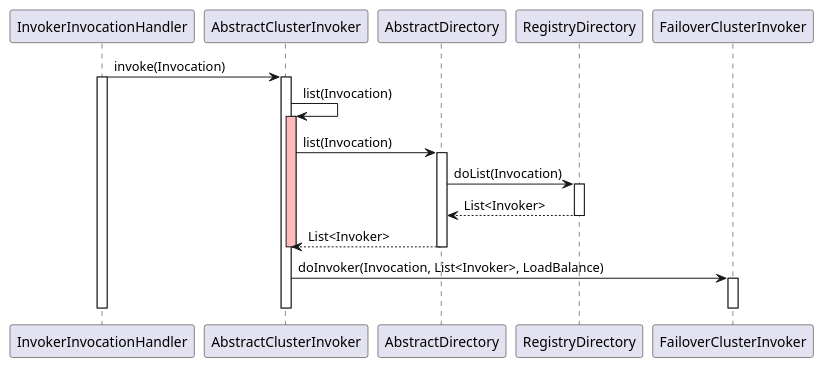
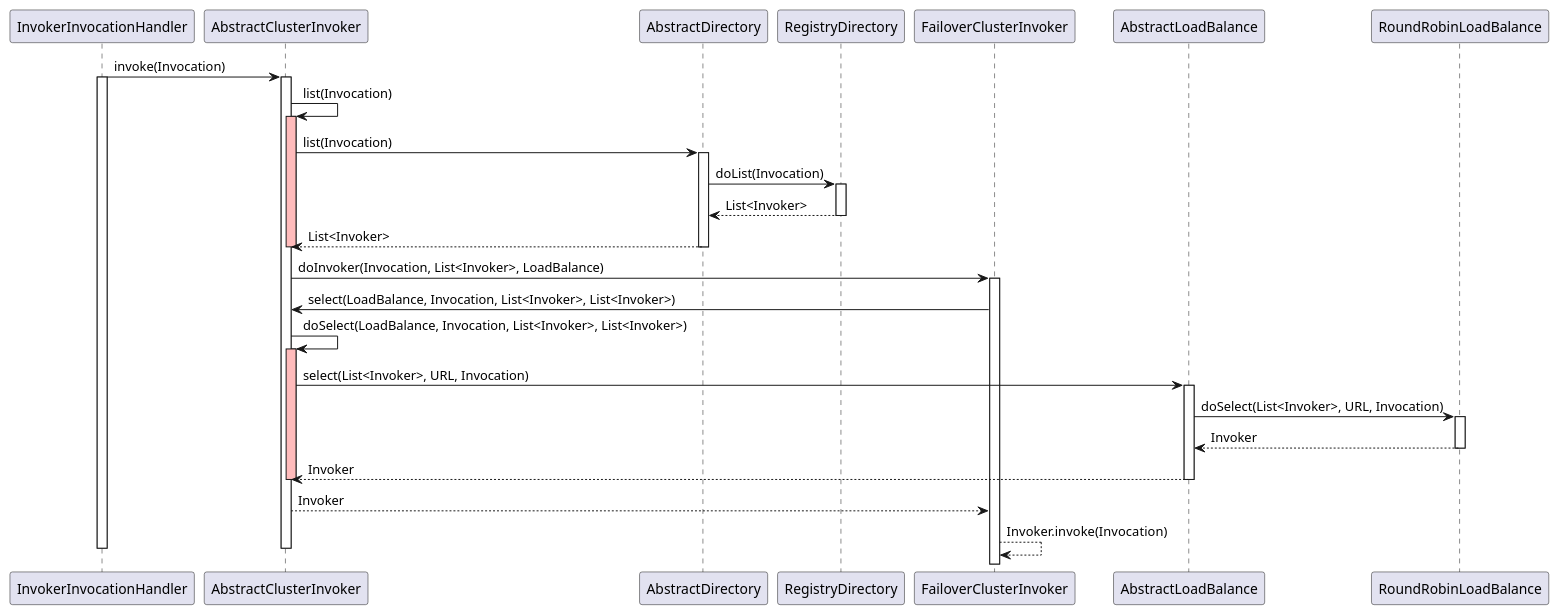
The diagram in 总结/负载均衡/时序图.puml (qq511340079/dubbo2.6x), drawn with PlantUML before and after one commit.

Commit message:
负载均衡时序图

```diff
--- a/总结/负载均衡/时序图.puml
+++ b/总结/负载均衡/时序图.puml
@@ -1,21 +1,35 @@
 @startuml
 InvokerInvocationHandler -> AbstractClusterInvoker: invoke(Invocation)
 activate InvokerInvocationHandler
 activate AbstractClusterInvoker
 AbstractClusterInvoker -> AbstractClusterInvoker: list(Invocation)
 activate AbstractClusterInvoker #FFBBBB
 AbstractClusterInvoker -> AbstractDirectory: list(Invocation)
 activate AbstractDirectory
 AbstractDirectory -> RegistryDirectory: doList(Invocation)
 activate RegistryDirectory
 RegistryDirectory --> AbstractDirectory: List<Invoker>
 deactivate RegistryDirectory
 AbstractDirectory --> AbstractClusterInvoker: List<Invoker>
 deactivate AbstractClusterInvoker #FFBBBB
 deactivate AbstractDirectory
 AbstractClusterInvoker -> FailoverClusterInvoker: doInvoker(Invocation, List<Invoker>, LoadBalance)
 activate FailoverClusterInvoker
-deactivate FailoverClusterInvoker
+FailoverClusterInvoker -> AbstractClusterInvoker: select(LoadBalance, Invocation, List<Invoker>, List<Invoker>)
+AbstractClusterInvoker -> AbstractClusterInvoker: doSelect(LoadBalance, Invocation, List<Invoker>, List<Invoker>)
+activate AbstractClusterInvoker #FFBBBB
+AbstractClusterInvoker -> AbstractLoadBalance: select(List<Invoker>, URL, Invocation)
+activate AbstractLoadBalance
+AbstractLoadBalance -> RoundRobinLoadBalance: doSelect(List<Invoker>, URL, Invocation)
+activate RoundRobinLoadBalance
+RoundRobinLoadBalance --> AbstractLoadBalance: Invoker
+deactivate RoundRobinLoadBalance
+AbstractLoadBalance --> AbstractClusterInvoker: Invoker
+deactivate AbstractLoadBalance
+deactivate AbstractClusterInvoker #FFBBBB
+AbstractClusterInvoker --> FailoverClusterInvoker: Invoker
+FailoverClusterInvoker --> FailoverClusterInvoker: Invoker.invoke(Invocation)
+deactivate AbstractLoadBalance
 deactivate AbstractClusterInvoker
-deactivate  InvokerInvocationHandler
+deactivate InvokerInvocationHandler
 @enduml
```
